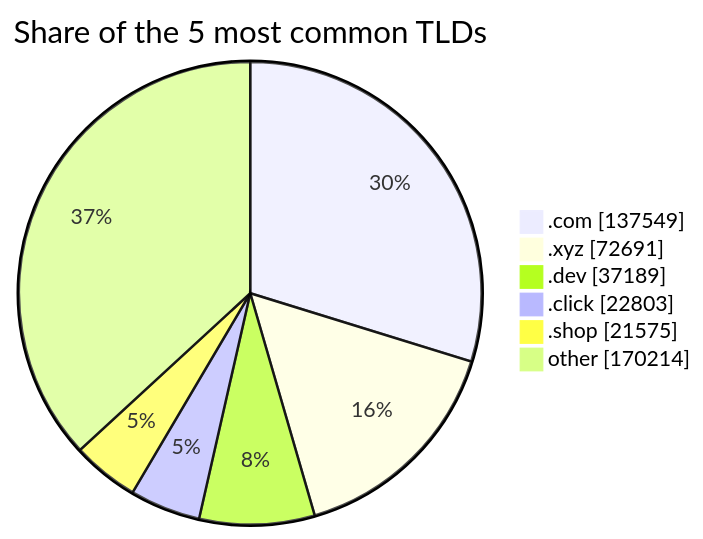
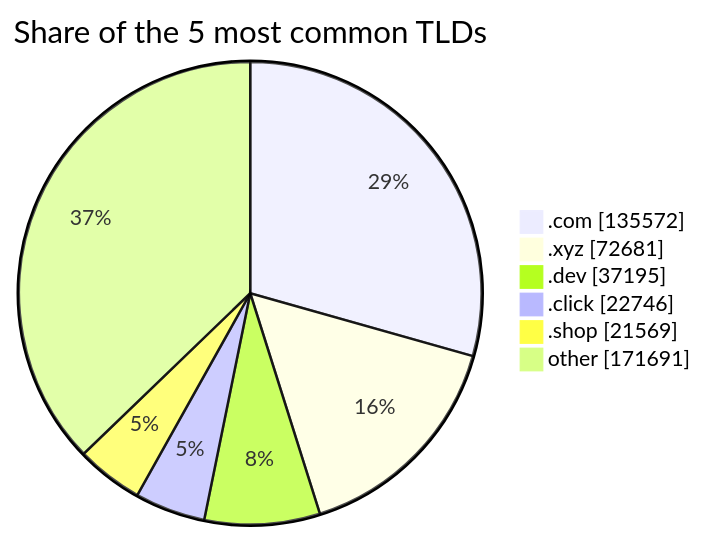
The third of 3 diagrams in README.md (DNSBunker/CTI), drawn with Mermaid before and after one commit. The commit also changed other lines of this file and 3 other files, not shown here.

````diff
--- a/README.md
+++ b/README.md
@@ -81,9 +81,9 @@
 ```mermaid
 pie showData title Share of the 5 most common TLDs
-    ".com" : 137549
-    ".xyz" : 72691
-    ".dev" : 37189
-    ".click" : 22803
-    ".shop" : 21575
-    "other" : 170214
+    ".com" : 135572
+    ".xyz" : 72681
+    ".dev" : 37195
+    ".click" : 22746
+    ".shop" : 21569
+    "other" : 171691
 ```
````
